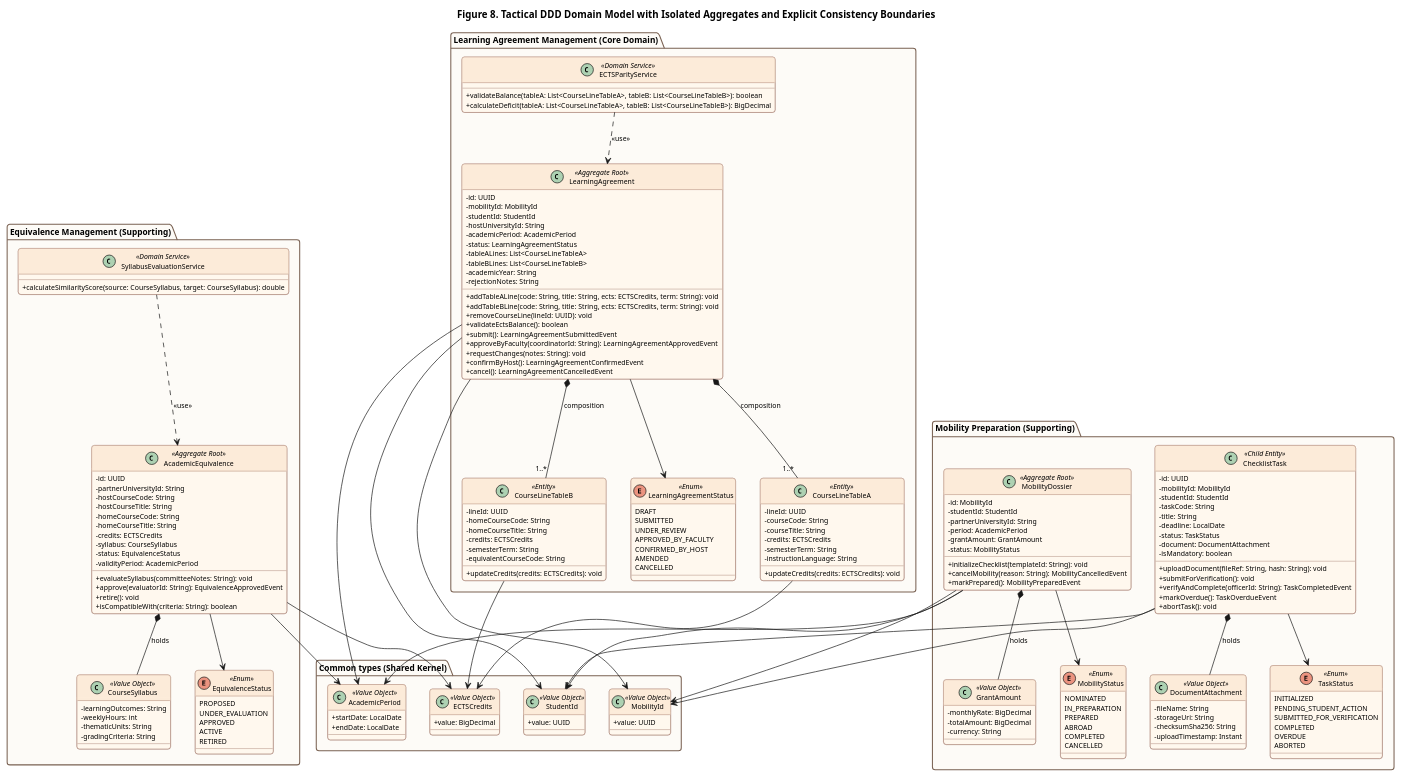
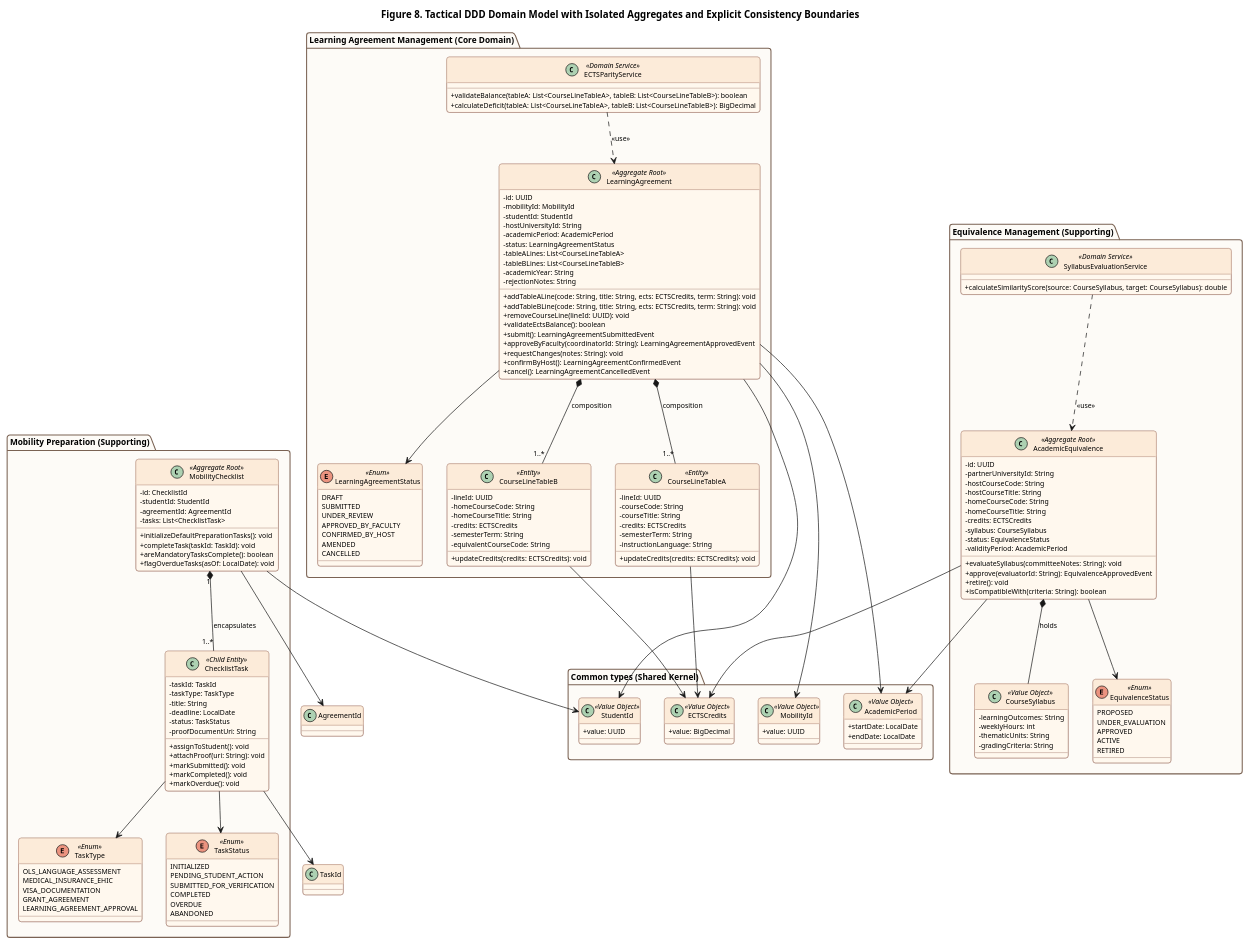
Before and after one commit to prigo929/erasmus-mobility-platform: the diagram in docs/diagrams/fig8-tactical-domain-model.puml, drawn with PlantUML. The commit also changed 12 other files, not shown here.

```diff
--- a/docs/diagrams/fig8-tactical-domain-model.puml
+++ b/docs/diagrams/fig8-tactical-domain-model.puml
@@ -148,46 +148,37 @@
 }
 
 package "Mobility Preparation (Supporting)" as PreparationDomain {
-  class MobilityDossier <<Aggregate Root>> {
-    - id: MobilityId
+  class MobilityChecklist <<Aggregate Root>> {
+    - id: ChecklistId
     - studentId: StudentId
-    - partnerUniversityId: String
-    - period: AcademicPeriod
-    - grantAmount: GrantAmount
-    - status: MobilityStatus
-    + initializeChecklist(templateId: String): void
-    + cancelMobility(reason: String): MobilityCancelledEvent
-    + markPrepared(): MobilityPreparedEvent
+    - agreementId: AgreementId
+    - tasks: List<ChecklistTask>
+    + initializeDefaultPreparationTasks(): void
+    + completeTask(taskId: TaskId): void
+    + areMandatoryTasksComplete(): boolean
+    + flagOverdueTasks(asOf: LocalDate): void
   }
 
   class ChecklistTask <<Child Entity>> {
-    - id: UUID
-    - mobilityId: MobilityId
-    - studentId: StudentId
-    - taskCode: String
+    - taskId: TaskId
+    - taskType: TaskType
     - title: String
     - deadline: LocalDate
     - status: TaskStatus
-    - document: DocumentAttachment
-    - isMandatory: boolean
-    + uploadDocument(fileRef: String, hash: String): void
-    + submitForVerification(): void
-    + verifyAndComplete(officerId: String): TaskCompletedEvent
-    + markOverdue(): TaskOverdueEvent
-    + abortTask(): void
+    - proofDocumentUri: String
+    + assignToStudent(): void
+    + attachProof(uri: String): void
+    + markSubmitted(): void
+    + markCompleted(): void
+    + markOverdue(): void
   }
 
-  class DocumentAttachment <<Value Object>> {
-    - fileName: String
-    - storageUri: String
-    - checksumSha256: String
-    - uploadTimestamp: Instant
-  }
-
-  class GrantAmount <<Value Object>> {
-    - monthlyRate: BigDecimal
-    - totalAmount: BigDecimal
-    - currency: String
+  enum TaskType <<Enum>> {
+    OLS_LANGUAGE_ASSESSMENT
+    MEDICAL_INSURANCE_EHIC
+    VISA_DOCUMENTATION
+    GRANT_AGREEMENT
+    LEARNING_AGREEMENT_APPROVAL
   }
 
   enum TaskStatus <<Enum>> {
@@ -196,22 +187,12 @@
     SUBMITTED_FOR_VERIFICATION
     COMPLETED
     OVERDUE
-    ABORTED
+    ABANDONED
   }
 
-  enum MobilityStatus <<Enum>> {
-    NOMINATED
-    IN_PREPARATION
-    PREPARED
-    ABROAD
-    COMPLETED
-    CANCELLED
-  }
-
-  MobilityDossier *-- GrantAmount : holds
-  MobilityDossier --> MobilityStatus
-  ChecklistTask *-- DocumentAttachment : holds
+  MobilityChecklist "1" *-- "1..*" ChecklistTask : encapsulates
   ChecklistTask --> TaskStatus
+  ChecklistTask --> TaskType
 }
 
 LearningAgreement --> StudentId
@@ -221,10 +202,8 @@
 CourseLineTableB --> ECTSCredits
 AcademicEquivalence --> AcademicPeriod
 AcademicEquivalence --> ECTSCredits
-MobilityDossier --> StudentId
-MobilityDossier --> MobilityId
-MobilityDossier --> AcademicPeriod
-ChecklistTask --> StudentId
-ChecklistTask --> MobilityId
+MobilityChecklist --> StudentId
+MobilityChecklist --> AgreementId
+ChecklistTask --> TaskId
 
 @enduml
```
